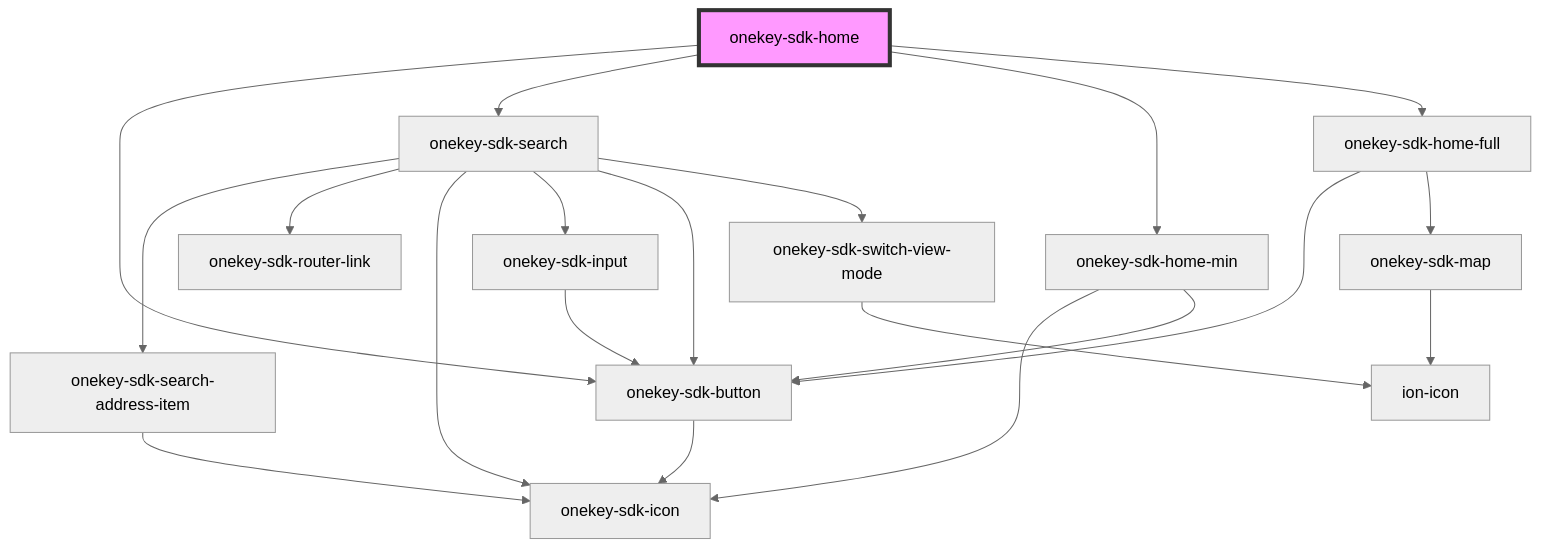
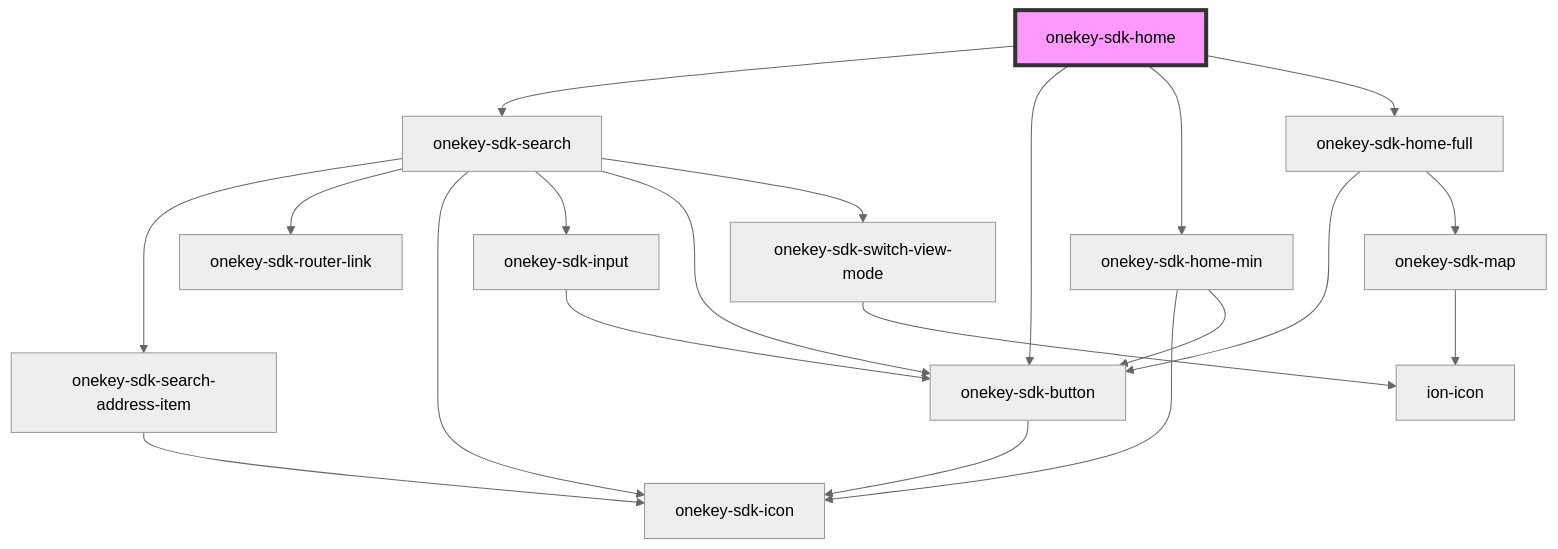
One commit to hcl-sdk/HealthCareLocatorWebSDK changed the diagram in packages/onekey-sdk-web-ui/docs/components/screens/onekey-sdk-home/readme.md. Above: the diagram before and after it, drawn with Mermaid (neutral theme). The commit also changed other lines of this file and 12 other files, not shown here.

````diff
--- a/packages/onekey-sdk-web-ui/docs/components/screens/onekey-sdk-home/readme.md
+++ b/packages/onekey-sdk-web-ui/docs/components/screens/onekey-sdk-home/readme.md
@@ -18,23 +18,23 @@
 ```mermaid
 graph TD;
+  onekey-sdk-home --> onekey-sdk-search
   onekey-sdk-home --> onekey-sdk-button
-  onekey-sdk-home --> onekey-sdk-search
   onekey-sdk-home --> onekey-sdk-home-min
   onekey-sdk-home --> onekey-sdk-home-full
-  onekey-sdk-button --> onekey-sdk-icon
   onekey-sdk-search --> onekey-sdk-search-address-item
   onekey-sdk-search --> onekey-sdk-router-link
   onekey-sdk-search --> onekey-sdk-icon
   onekey-sdk-search --> onekey-sdk-input
   onekey-sdk-search --> onekey-sdk-button
   onekey-sdk-search --> onekey-sdk-switch-view-mode
   onekey-sdk-search-address-item --> onekey-sdk-icon
   onekey-sdk-input --> onekey-sdk-button
+  onekey-sdk-button --> onekey-sdk-icon
   onekey-sdk-switch-view-mode --> ion-icon
   onekey-sdk-home-min --> onekey-sdk-icon
   onekey-sdk-home-min --> onekey-sdk-button
   onekey-sdk-home-full --> onekey-sdk-button
   onekey-sdk-home-full --> onekey-sdk-map
   onekey-sdk-map --> ion-icon
   style onekey-sdk-home fill:#f9f,stroke:#333,stroke-width:4px
 ```
````
